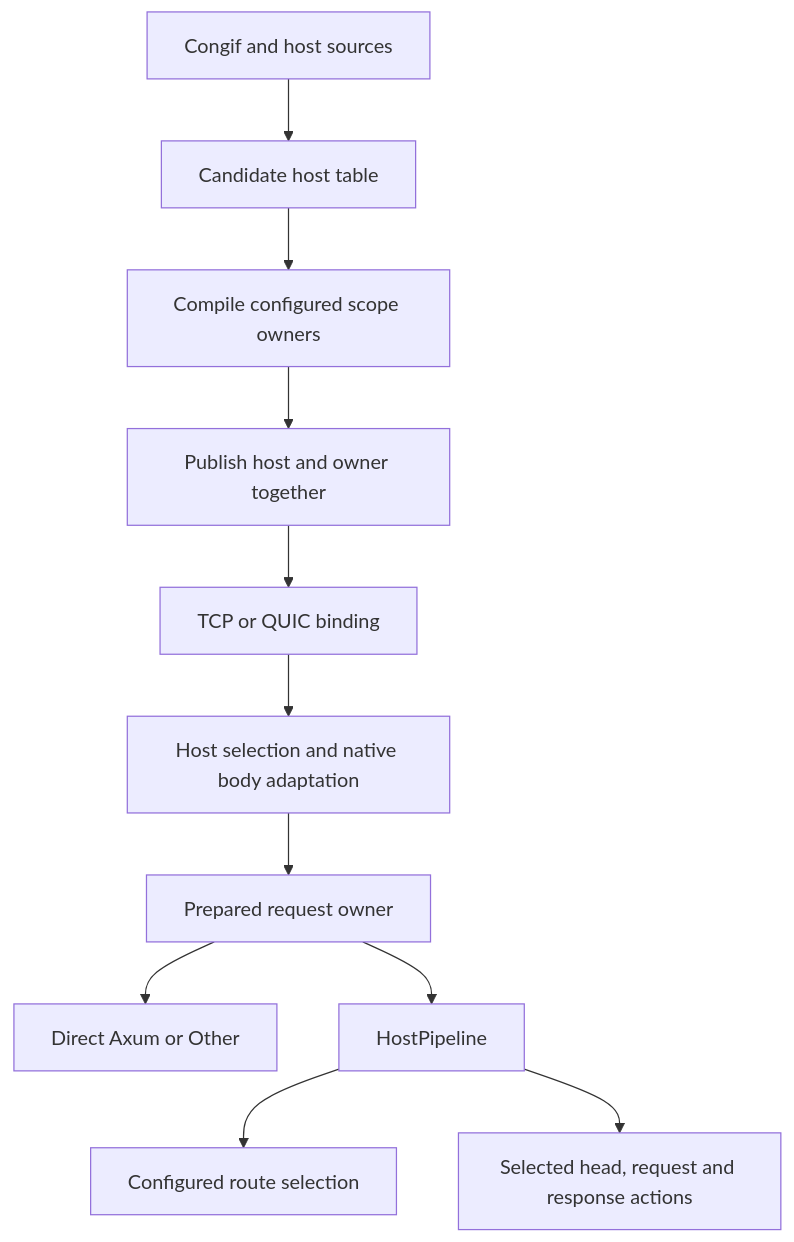
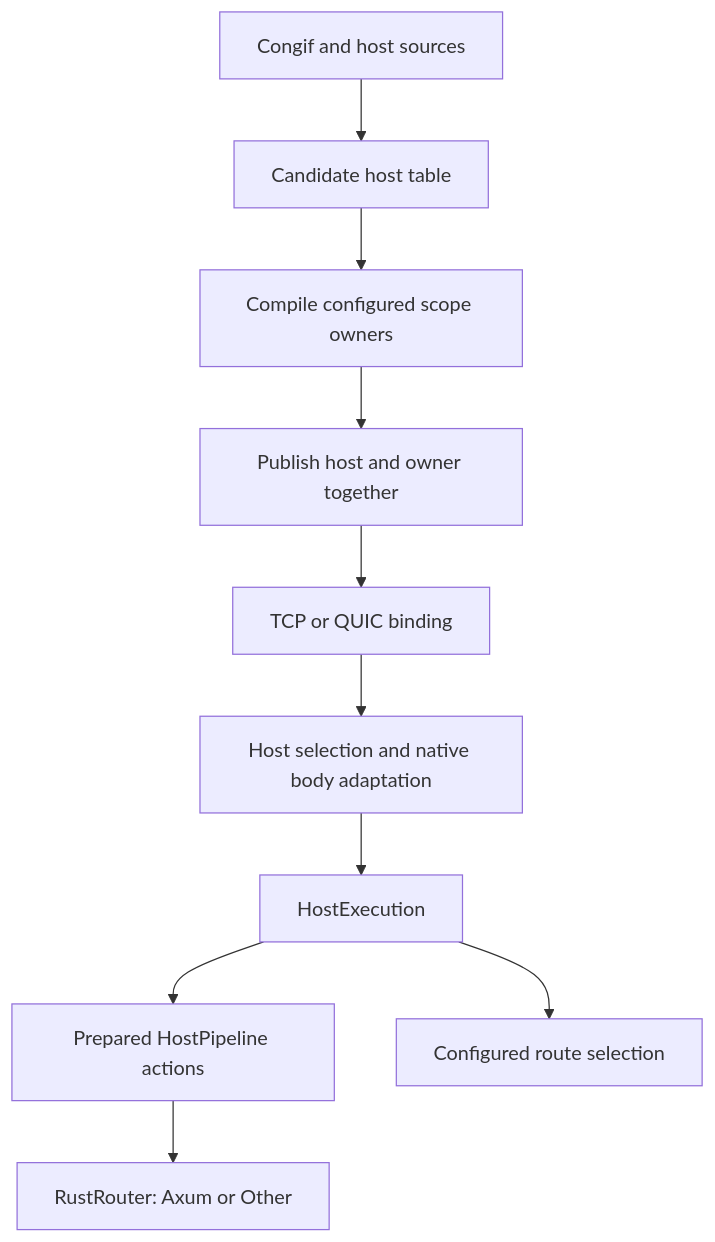
One commit to claviron/claviron changed the diagram in crates/edge/ARCHITECTURE.md. Above: the diagram before and after it, drawn with Mermaid. The commit also changed other lines of this file and 116 other files, not shown here.

````diff
--- a/crates/edge/ARCHITECTURE.md
+++ b/crates/edge/ARCHITECTURE.md
@@ -15,13 +15,12 @@
 ```mermaid
 flowchart TD
     Config[Congif and host sources] --> Table[Candidate host table]
     Table --> Compile[Compile configured scope owners]
     Compile --> Publish[Publish host and owner together]
     Publish --> Transport[TCP or QUIC binding]
     Transport --> Select[Host selection and native body adaptation]
-    Select --> Owner[Prepared request owner]
-    Owner --> Rust[Direct Axum or Other]
-    Owner --> Plan[HostPipeline]
+    Select --> Plan[HostExecution]
+    Plan --> Actions[Prepared HostPipeline actions]
+    Actions --> Rust[RustRouter: Axum or Other]
     Plan --> Scope[Configured route selection]
-    Plan --> Actions[Selected head, request and response actions]
 ```
````
